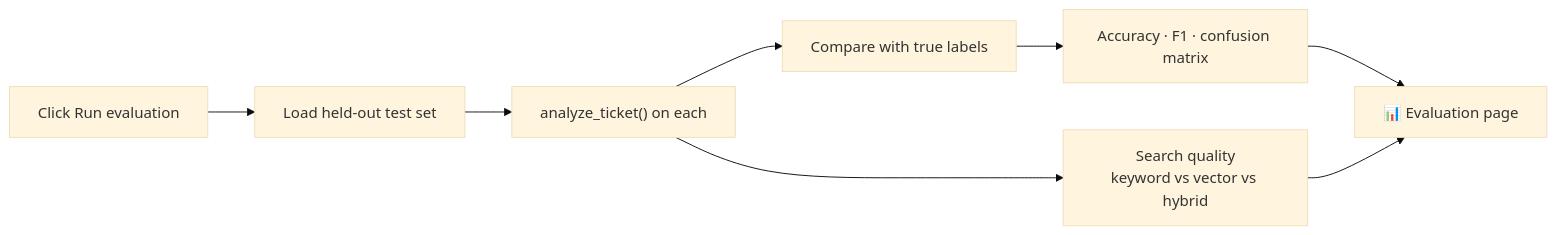
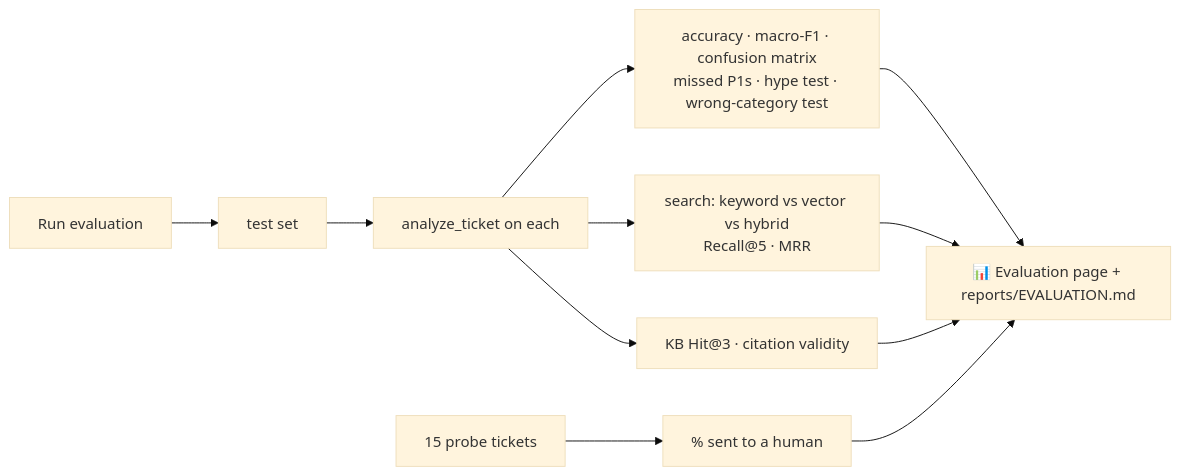
One commit to groov33/HCLTech_RAGsToRiches changed the sixth of 7 diagrams in Docs/HLD.md. Above: the diagram before and after it, drawn with Mermaid (base theme). The commit also changed other lines of this file and 21 other files, not shown here.

````diff
--- a/Docs/HLD.md
+++ b/Docs/HLD.md
@@ -174,10 +255,10 @@
 ```mermaid
 flowchart LR
-    A["Click Run evaluation"] --> B["Load held-out test set"]
-    B --> C["analyze_ticket() on each"]
-    C --> D["Compare with true labels"]
-    D --> E["Accuracy · F1 · confusion matrix"]
-    C --> F["Search quality<br/>keyword vs vector vs hybrid"]
-    E --> G["📊 Evaluation page"]
-    F --> G
+    A["Run evaluation"] --> B["test set"]
+    B --> C["analyze_ticket on each"]
+    C --> D["accuracy · macro-F1 · confusion matrix<br/>missed P1s · hype test · wrong-category test"]
+    C --> E["search: keyword vs vector vs hybrid<br/>Recall@5 · MRR"]
+    C --> F["KB Hit@3 · citation validity"]
+    P["15 probe tickets"] --> G["% sent to a human"]
+    D & E & F & G --> H["📊 Evaluation page + reports/EVALUATION.md"]
 ```
````
